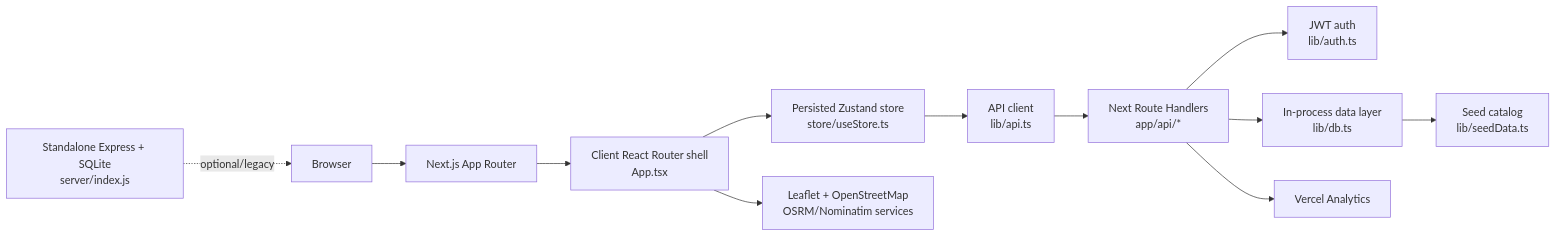
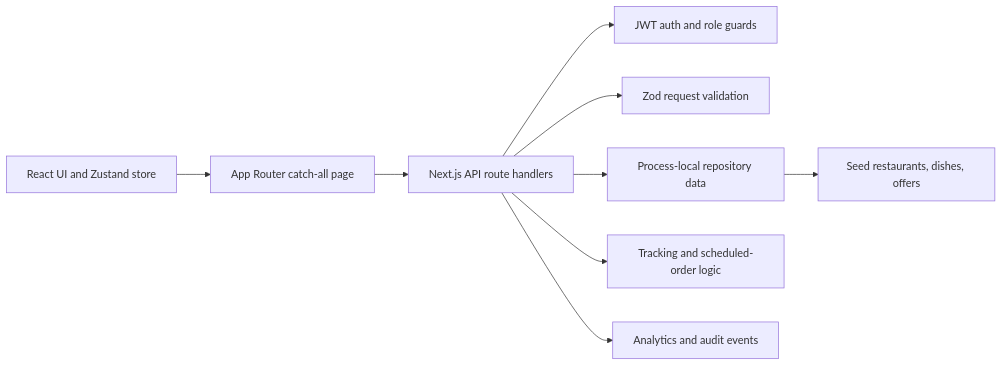
Before and after one commit to vincenzo-afk/foodiexz: the diagram in README.md, drawn with Mermaid. The commit also changed other lines of this file and 23 other files, not shown here.

````diff
--- a/README.md
+++ b/README.md
@@ -100,14 +67,11 @@
 ```mermaid
 flowchart LR
-  Browser[Browser] --> Next[Next.js App Router]
-  Next --> Shell[Client React Router shell\nApp.tsx]
-  Shell --> Store[Persisted Zustand store\nstore/useStore.ts]
-  Store --> Client[API client\nlib/api.ts]
-  Client --> Routes[Next Route Handlers\napp/api/*]
-  Routes --> Auth[JWT auth\nlib/auth.ts]
-  Routes --> Data[In-process data layer\nlib/db.ts]
-  Data --> Seed[Seed catalog\nlib/seedData.ts]
-  Shell --> Maps[Leaflet + OpenStreetMap\nOSRM/Nominatim services]
-  Routes --> Analytics[Vercel Analytics]
-  Legacy[Standalone Express + SQLite\nserver/index.js] -. optional/legacy .-> Browser
+  Browser[React UI and Zustand store] --> Bridge[App Router catch-all page]
+  Bridge --> Routes[Next.js API route handlers]
+  Routes --> Auth[JWT auth and role guards]
+  Routes --> Validation[Zod request validation]
+  Routes --> Data[Process-local repository data]
+  Data --> Seed[Seed restaurants, dishes, offers]
+  Routes --> Tracking[Tracking and scheduled-order logic]
+  Routes --> Analytics[Analytics and audit events]
 ```
````
